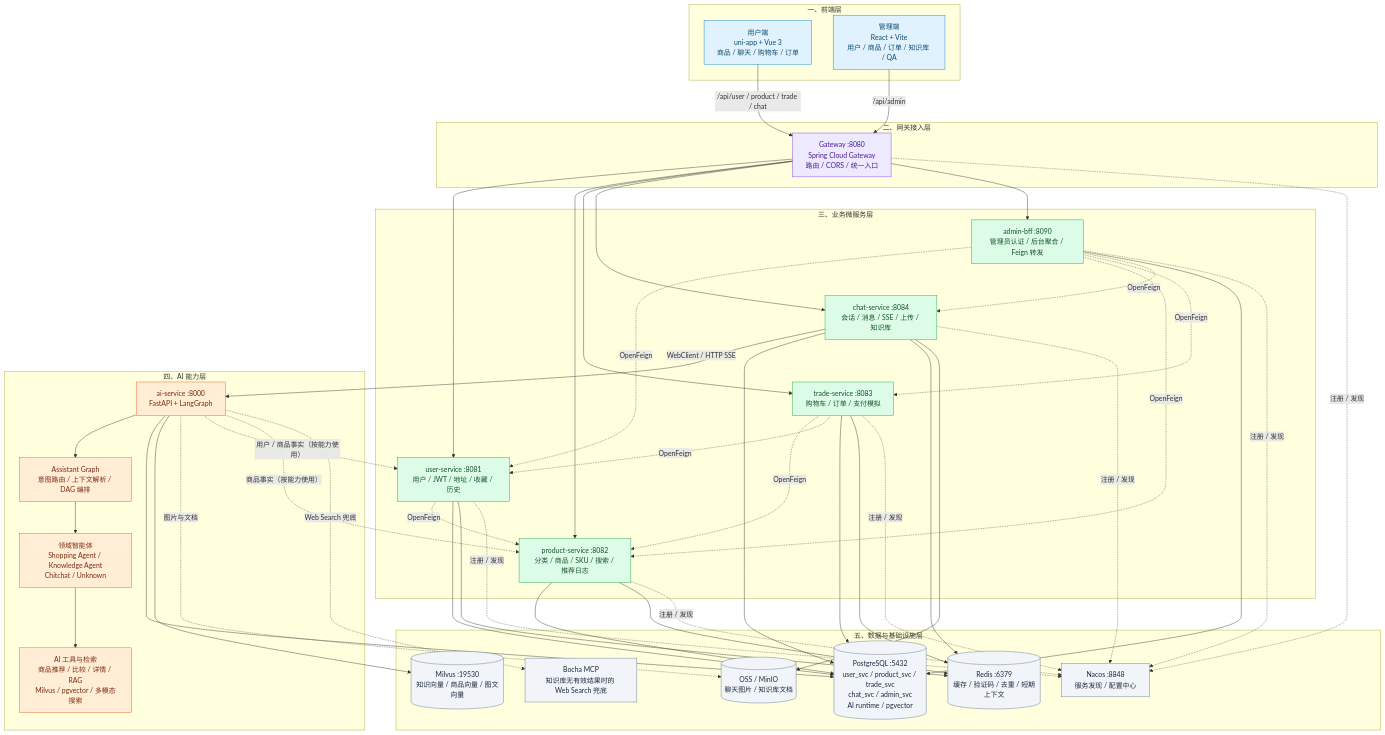
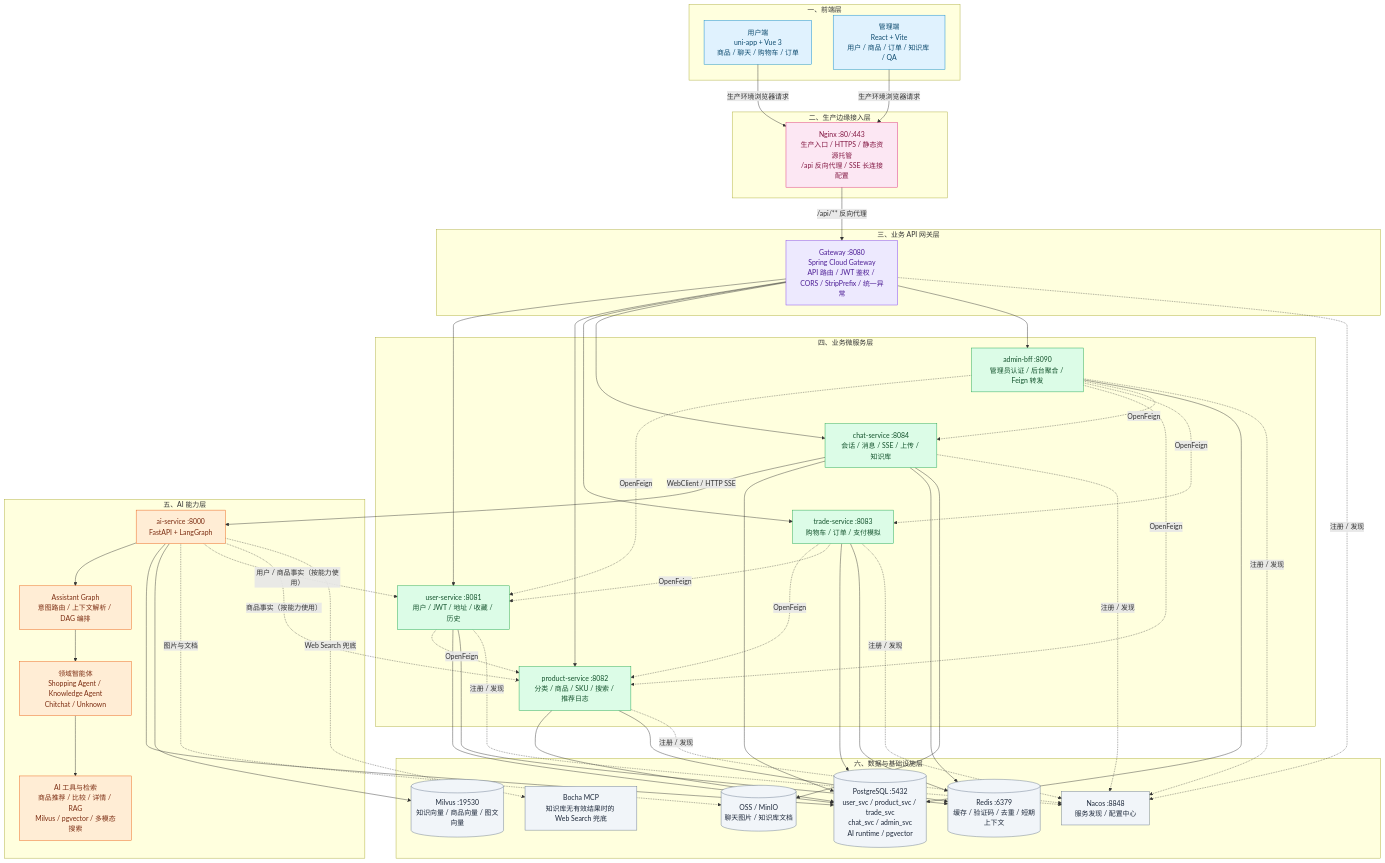
The first of 3 diagrams in README.md (wjl0520dudu/welove-shop-deploy), drawn with Mermaid before and after one commit. The commit also changed other lines of this file, not shown here.

```diff
--- a/README.md
+++ b/README.md
@@ -92,13 +93,18 @@
         ADMIN["管理端<br/>React + Vite<br/>用户 / 商品 / 订单 / 知识库 / QA"]
     end
 
-    %% ==================== 接入层 ====================
-    subgraph ACCESS["二、网关接入层"]
-        GW["Gateway :8080<br/>Spring Cloud Gateway<br/>路由 / CORS / 统一入口"]
+    %% ==================== 生产边缘接入层 ====================
+    subgraph EDGE["二、生产边缘接入层"]
+        NGINX["Nginx :80/:443<br/>生产入口 / HTTPS / 静态资源托管<br/>/api 反向代理 / SSE 长连接配置"]
+    end
+
+    %% ==================== 业务 API 网关层 ====================
+    subgraph ACCESS["三、业务 API 网关层"]
+        GW["Gateway :8080<br/>Spring Cloud Gateway<br/>API 路由 / JWT 鉴权 / CORS / StripPrefix / 统一异常"]
     end
 
     %% ==================== 业务服务层 ====================
-    subgraph SERVICES["三、业务微服务层"]
+    subgraph SERVICES["四、业务微服务层"]
         USER["user-service :8081<br/>用户 / JWT / 地址 / 收藏 / 历史"]
         PRODUCT["product-service :8082<br/>分类 / 商品 / SKU / 搜索 / 推荐日志"]
         TRADE["trade-service :8083<br/>购物车 / 订单 / 支付模拟"]
@@ -107,7 +113,7 @@
     end
 
     %% ==================== AI 能力层 ====================
-    subgraph AI_LAYER["四、AI 能力层"]
+    subgraph AI_LAYER["五、AI 能力层"]
         AI["ai-service :8000<br/>FastAPI + LangGraph"]
         ROUTER["Assistant Graph<br/>意图路由 / 上下文解析 / DAG 编排"]
         AGENTS["领域智能体<br/>Shopping Agent / Knowledge Agent<br/>Chitchat / Unknown"]
@@ -116,7 +122,7 @@
     end
 
     %% ==================== 数据与基础设施层 ====================
-    subgraph DATA["五、数据与基础设施层"]
+    subgraph DATA["六、数据与基础设施层"]
         PG[("PostgreSQL :5432<br/>user_svc / product_svc / trade_svc<br/>chat_svc / admin_svc<br/>AI runtime / pgvector")]
         REDIS[("Redis :6379<br/>缓存 / 验证码 / 去重 / 短期上下文")]
         MILVUS[("Milvus :19530<br/>知识向量 / 商品向量 / 图文向量")]
@@ -125,9 +131,10 @@
         BOCHA["Bocha MCP<br/>知识库无有效结果时的 Web Search 兜底"]
     end
 
-    %% 前端到网关
-    SHOP -->|"/api/user / product / trade / chat"| GW
-    ADMIN -->|"/api/admin"| GW
+    %% 生产环境：浏览器先访问 Nginx，Nginx 托管前端并反向代理 API
+    SHOP -->|"生产环境浏览器请求"| NGINX
+    ADMIN -->|"生产环境浏览器请求"| NGINX
+    NGINX -->|"/api/** 反向代理"| GW
 
     %% 网关到微服务
     GW --> USER
@@ -178,12 +185,14 @@
 
     %% 样式：层次使用不同颜色，基础设施保持低干扰
     classDef frontend fill:#e0f2fe,stroke:#0284c7,color:#0c4a6e
+    classDef edge fill:#fce7f3,stroke:#db2777,color:#831843
     classDef access fill:#ede9fe,stroke:#7c3aed,color:#4c1d95
     classDef service fill:#dcfce7,stroke:#16a34a,color:#14532d
     classDef ai fill:#ffedd5,stroke:#ea580c,color:#7c2d12
     classDef data fill:#f1f5f9,stroke:#64748b,color:#1e293b
 
     class SHOP,ADMIN frontend
+    class NGINX edge
     class GW access
     class USER,PRODUCT,TRADE,CHAT,BFF service
     class AI,ROUTER,AGENTS,TOOLS ai
```
